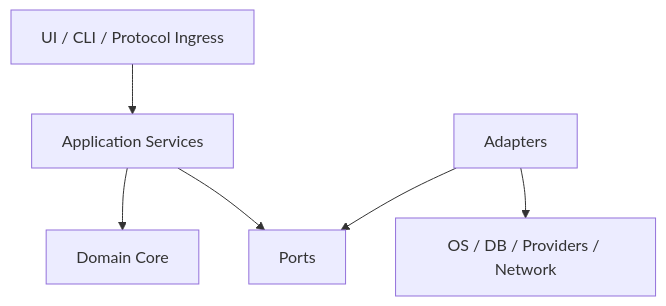
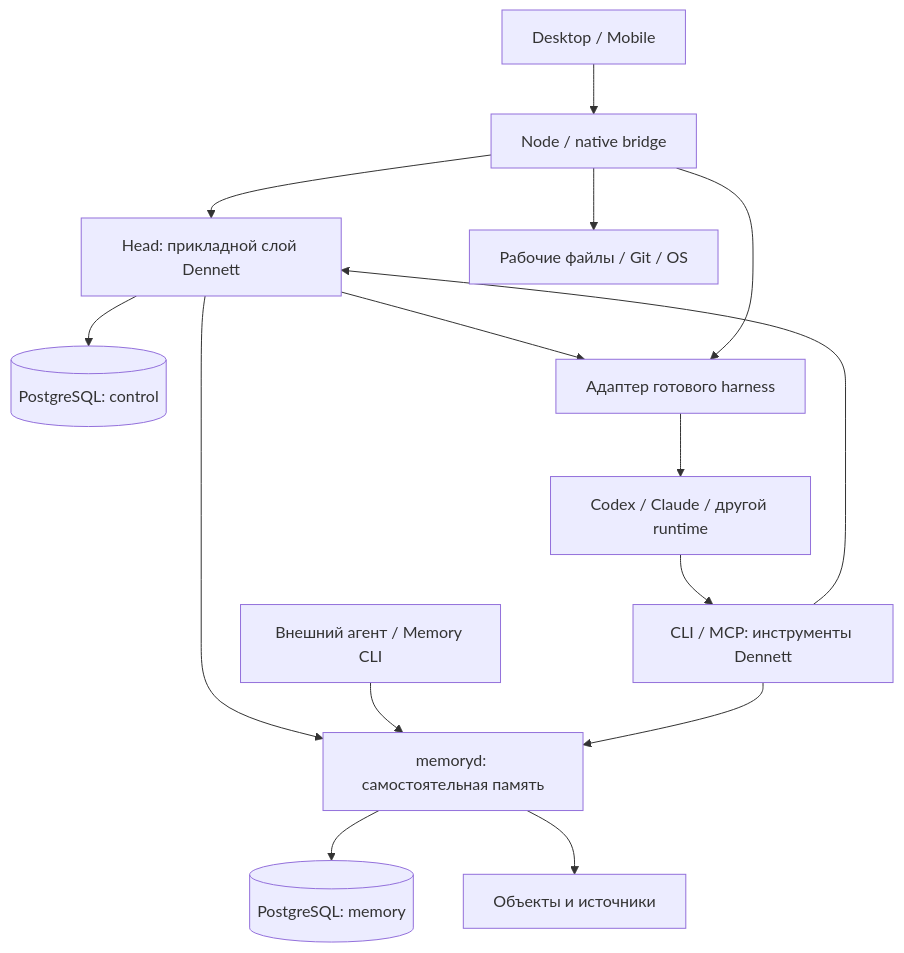
The diagram in docs/architecture/80_Dennett_System_Architecture_and_Runtime_Topology.md (Andrey-Good/dennett-agent-orchestrator), drawn with Mermaid before and after one commit. The commit also changed other lines of this file and 26 other files, not shown here.

````diff
--- a/docs/architecture/80_Dennett_System_Architecture_and_Runtime_Topology.md
+++ b/docs/architecture/80_Dennett_System_Architecture_and_Runtime_Topology.md
@@ -1366,15 +68,17 @@
 ```mermaid
 flowchart TB
-    UI[UI / CLI / Protocol Ingress]
-    APP[Application Services]
-    DOM[Domain Core]
-    PORT[Ports]
-    ADP[Adapters]
-    EXT[OS / DB / Providers / Network]
-
-    UI --> APP
-    APP --> DOM
-    APP --> PORT
-    ADP --> PORT
-    ADP --> EXT
+  UI[Desktop / Mobile] --> N[Node / native bridge]
+  N --> H[Head: прикладной слой Dennett]
+  H --> M[memoryd: самостоятельная память]
+  EXT[Внешний агент / Memory CLI] --> M
+  H --> C[(PostgreSQL: control)]
+  M --> D[(PostgreSQL: memory)]
+  H --> R[Адаптер готового harness]
+  N --> R
+  R --> P[Codex / Claude / другой runtime]
+  P --> T[CLI / MCP: инструменты Dennett]
+  T --> H
+  T --> M
+  M --> O[Объекты и источники]
+  N --> W[Рабочие файлы / Git / OS]
 ```
````
